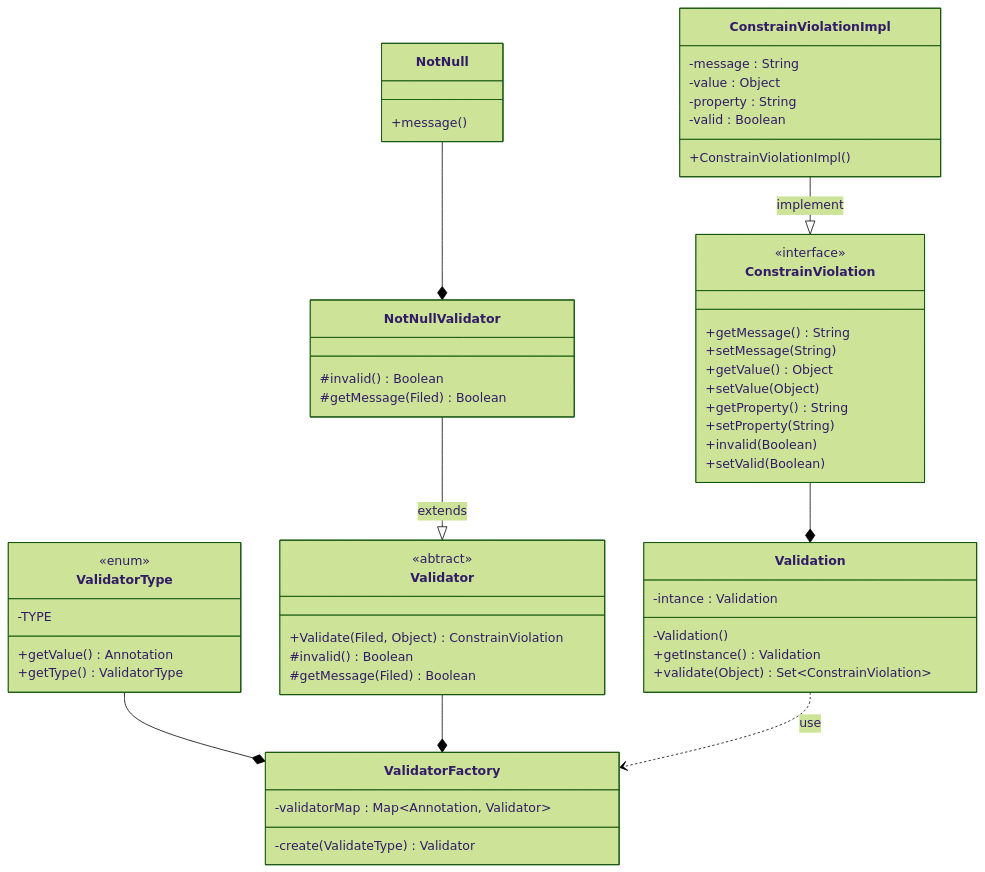
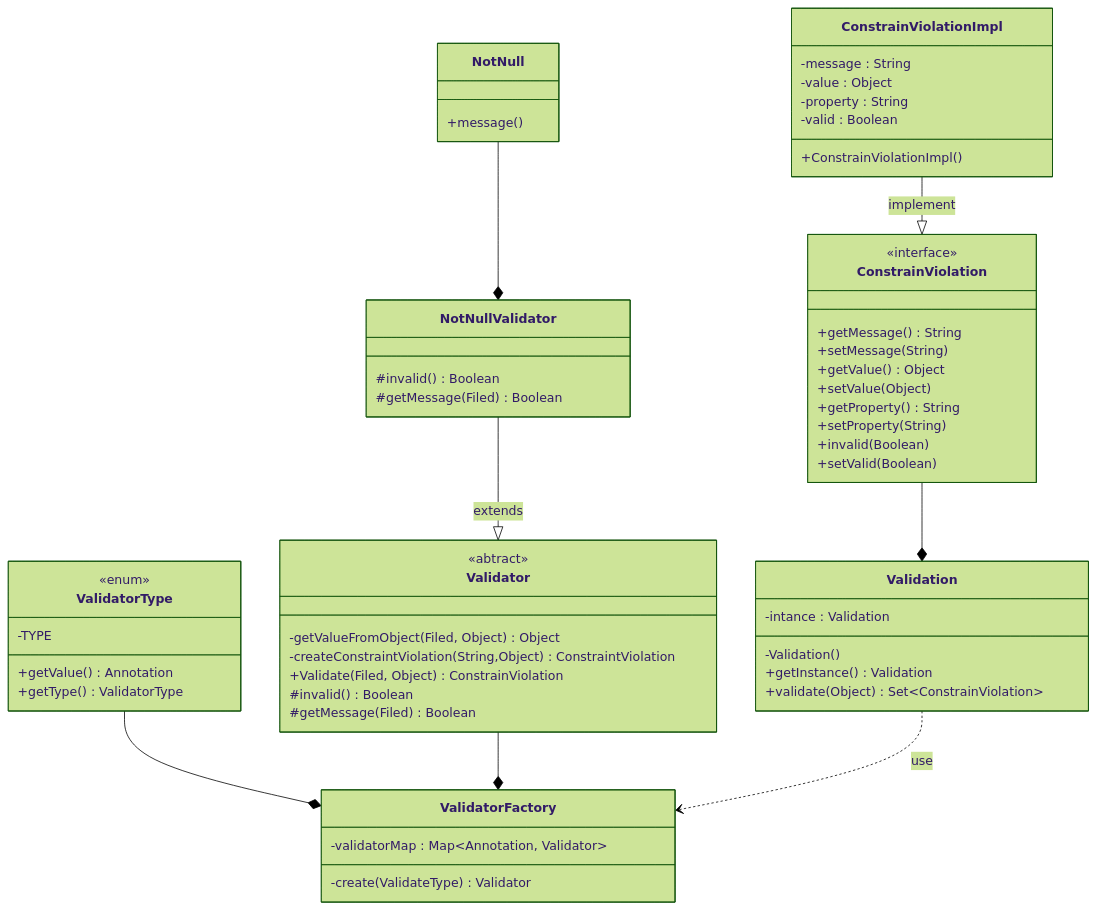
One commit to hoanganhgo/Validation-Project changed the diagram in class_diagram/class_diagram.md. Above: the diagram before and after it, drawn with Mermaid (forest theme). The commit also changed 9 other files, not shown here.

````diff
--- a/class_diagram/class_diagram.md
+++ b/class_diagram/class_diagram.md
@@ -1,82 +1,82 @@
 ```mermaid
 classDiagram
     %% ======================================================
     class Validation {
       -intance : Validation
 
       -Validation()
       +getInstance() Validation
       +validate(Object) Set~ConstrainViolation~
     }
 
     %% ======================================================
     class ConstrainViolation {
       +getMessage() String
       +setMessage(String)
       +getValue() Object
       +setValue(Object)
       +getProperty() String
       +setProperty(String)
       +invalid(Boolean)
       +setValid(Boolean)
     }
     <<interface>> ConstrainViolation
 
     %% ======================================================
     class ConstrainViolationImpl {
       -message : String
       -value : Object
       -property : String
       -valid : Boolean
 
       +ConstrainViolationImpl()
     }
 
     %% ======================================================
     class ValidatorFactory {
       -validatorMap : Map~Annotation, Validator~
 
       -create(ValidateType) Validator
     }
 
     %% ======================================================
     class ValidatorType {
       -TYPE
 
       +getValue() Annotation
       +getType() ValidatorType
     }
     <<enum>> ValidatorType
 
     %% ======================================================
     class Validator {
+      -getValueFromObject(Filed, Object) Object
+      -createConstraintViolation(String,Object) ConstraintViolation
       +Validate(Filed, Object) ConstrainViolation
       #invalid() Boolean
       #getMessage(Filed) Boolean
     }
     <<abtract>> Validator
 
     %% ======================================================
     class NotNullValidator {
       #invalid() Boolean
       #getMessage(Filed) Boolean
     }
 
     %% ======================================================
     class NotNull {
       +message()
     }
 
-
-
     %% ======================================================
     ConstrainViolation --* Validation
     ConstrainViolationImpl --|> ConstrainViolation : implement
 
     ValidatorType --* ValidatorFactory
     Validator --* ValidatorFactory
     NotNull --* NotNullValidator
     NotNullValidator --|> Validator : extends
 
     Validation ..> ValidatorFactory : use
 ```
````
